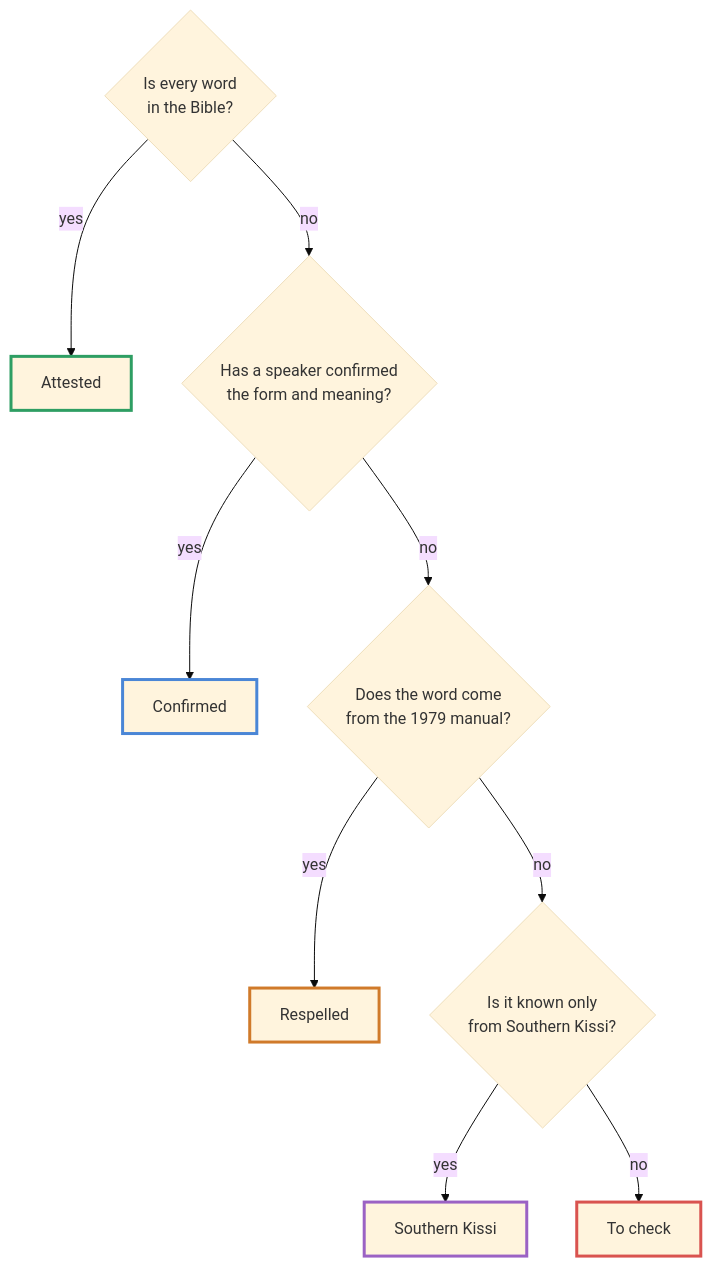
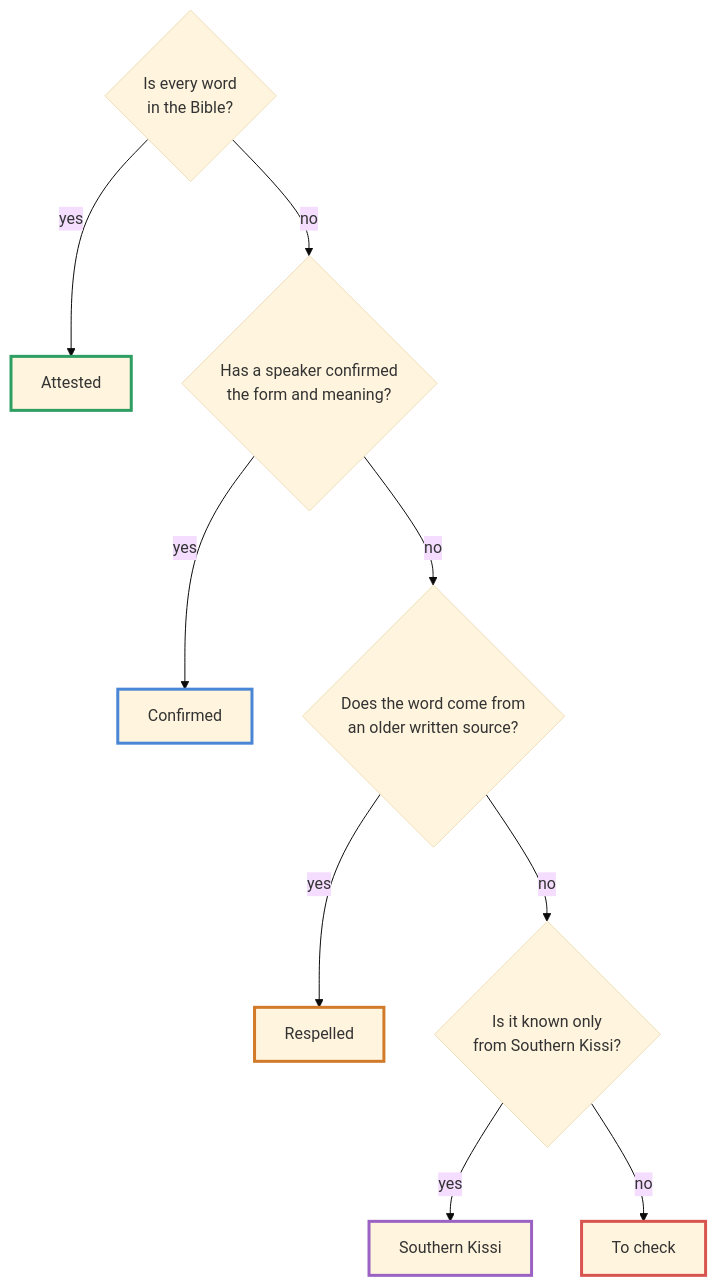
The diagram in docs/introduction/how-to-read.en.md (kebasaa/kisiei-language), drawn with Mermaid (base theme) before and after one commit. The commit also changed other lines of this file and 16 other files, not shown here.

First line of the commit message:
Lexicon: source fields for Paulme, Lexique, Académie lists and Sandara Kissia; respelled = older written source

````diff
--- a/docs/introduction/how-to-read.en.md
+++ b/docs/introduction/how-to-read.en.md
@@ -17,21 +17,21 @@
 ```mermaid
 flowchart TD
     Q1{"Is every word<br>in the Bible?"} -- yes --> ATT["Attested"]
     Q1 -- no --> Q2{"Has a speaker confirmed<br>the form and meaning?"}
     Q2 -- yes --> CONF["Confirmed"]
-    Q2 -- no --> Q3{"Does the word come<br>from the 1979 manual?"}
+    Q2 -- no --> Q3{"Does the word come from<br>an older written source?"}
     Q3 -- yes --> RES["Respelled"]
     Q3 -- no --> Q4{"Is it known only<br>from Southern Kissi?"}
     Q4 -- yes --> SOUTH["Southern Kissi"]
     Q4 -- no --> CHK["To check"]
     classDef att stroke:#2e9e63,stroke-width:3px
     classDef conf stroke:#4a86d6,stroke-width:3px
     classDef res stroke:#d07a2a,stroke-width:3px
     classDef south stroke:#9b62c4,stroke-width:3px
     classDef chk stroke:#d9534f,stroke-width:3px
     class ATT att
     class CONF conf
     class RES res
     class SOUTH south
     class CHK chk
 ```
````
